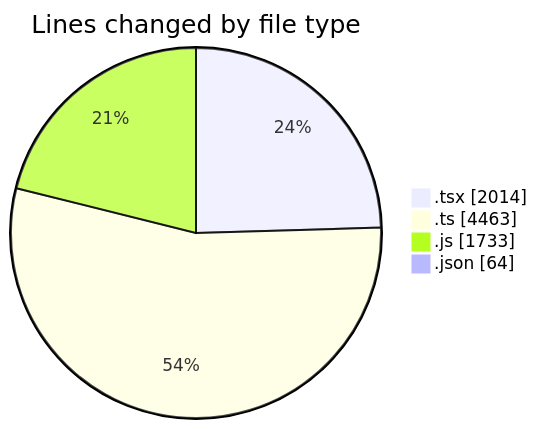
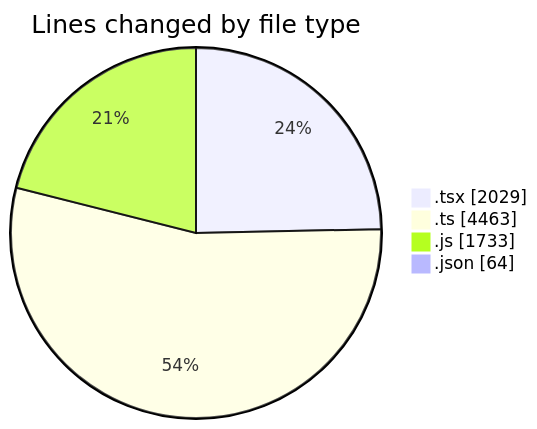
One commit to momahboobian/code-tracking changed the first of 2 diagrams in 2026-07-30/cda/README.md. Above: the diagram before and after it, drawn with Mermaid. The commit also changed other lines of this file and 1 other file, not shown here.

````diff
--- a/2026-07-30/cda/README.md
+++ b/2026-07-30/cda/README.md
@@ -47,8 +47,8 @@
 ```mermaid
 pie showData
 title Lines changed by file type
-".tsx" : 2014
+".tsx" : 2029
 ".ts" : 4463
 ".js" : 1733
 ".json" : 64
 ```
````
